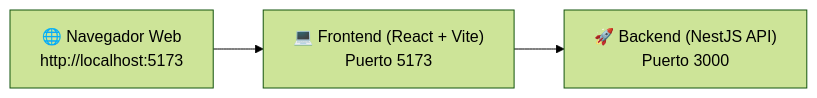
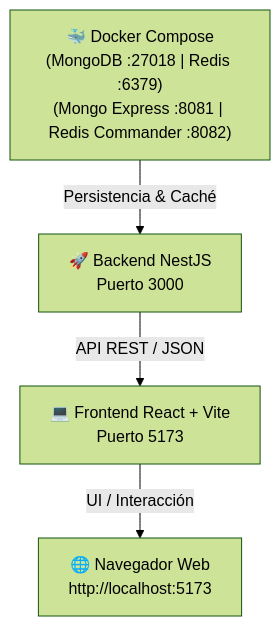
Before and after one commit to Juan2007-sys/Weightcontrol: the second of 2 diagrams in README.md, drawn with Mermaid (forest theme). The commit also changed other lines of this file and 14 other files, not shown here.

Commit message:
creacion de los schemas de la db

````diff
--- a/README.md
+++ b/README.md
@@ -114,5 +130,11 @@
 ```mermaid
-flowchart LR
-    Cliente["🌐 Navegador Web\nhttp://localhost:5173"] --> Frontend["💻 Frontend (React + Vite)\nPuerto 5173"]
-    Frontend --> Backend["🚀 Backend (NestJS API)\nPuerto 3000"]
+flowchart TD
+    Docker["🐳 Docker Compose\n(MongoDB :27018 | Redis :6379)\n(Mongo Express :8081 | Redis Commander :8082)"]
+    Backend["🚀 Backend NestJS\nPuerto 3000"]
+    Frontend["💻 Frontend React + Vite\nPuerto 5173"]
+    Cliente["🌐 Navegador Web\nhttp://localhost:5173"]
+
+    Docker -->|Persistencia & Caché| Backend
+    Backend -->|API REST / JSON| Frontend
+    Frontend -->|UI / Interacción| Cliente
 ```
````
